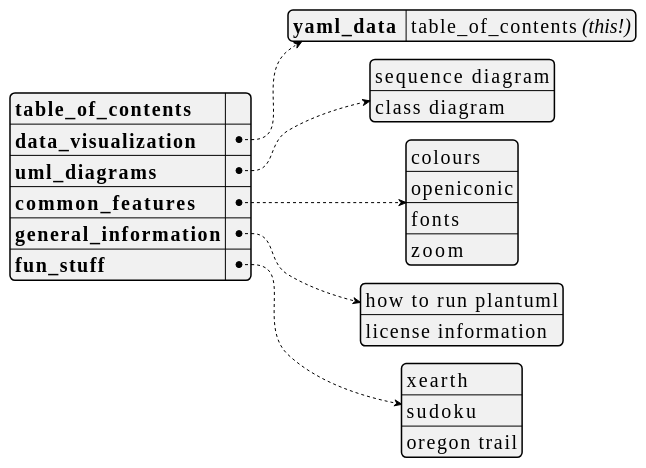
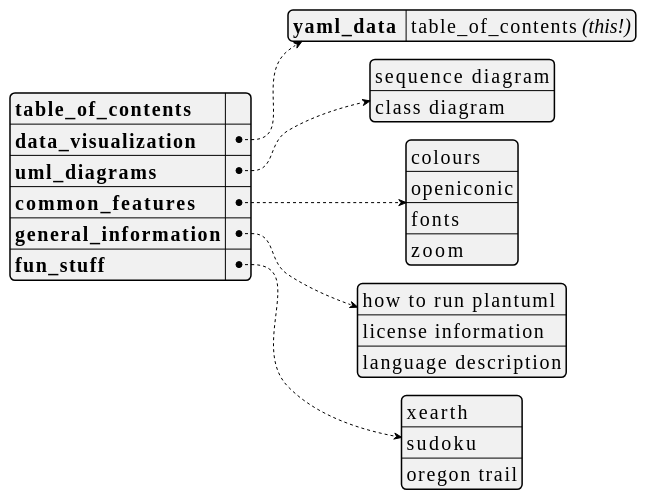
Before and after one commit to dragondive/heavens-arena: the first of 18 diagrams in plantuml_demo.md, drawn with PlantUML. The commit also changed other lines of this file, not shown here.

Commit message:
added info: language description

````diff
--- a/plantuml_demo.md
+++ b/plantuml_demo.md
@@ -26,41 +26,42 @@
 ```plantuml
 @startyaml
 <style>
 yamlDiagram {
     node {
         ' use a constant width font because that's what developers do.
         FontName Consolas
         FontSize 20
     }
 }
 </style>
 
 /'TODO:
 It would be cool to hyperlink the entries in the table_of_contents to the
 respective section in the document. Not only would it further accentuate the
 [Medium Awareness](https://tvtropes.org/pmwiki/pmwiki.php/Main/MediumAwareness)
 of this yaml document, but also augment the
 [Anachronic Order](https://tvtropes.org/pmwiki/pmwiki.php/Main/AnachronicOrder)
 of the outer markdown document.
 '/
 
 **table_of_contents**: ""  /' workaround: empty string here to avoid dummy link '/
 data_visualization:
     yaml_data : table_of_contents //(this!)//
 uml_diagrams:
     - sequence diagram
     - class diagram
 common_features:
     - colours
     - openiconic
     - fonts
     - zoom
 general_information:
     - how to run plantuml
     - license information
+    - language description
 fun_stuff:
     - xearth
     - sudoku
     - oregon trail
 @endyaml
 ```
````
